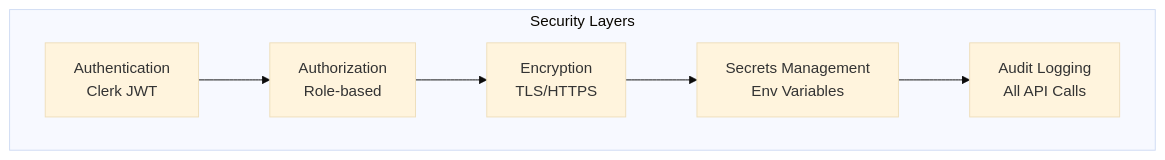
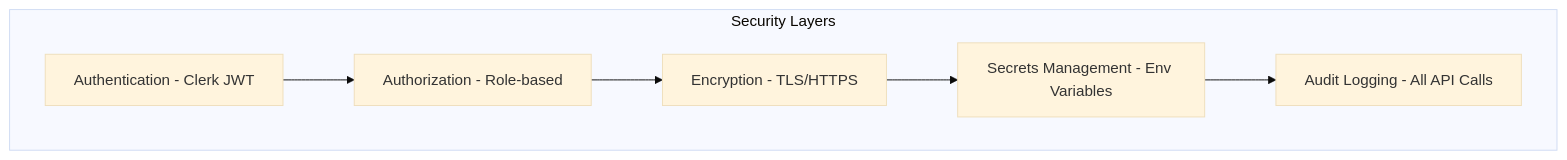
Diagram 11 of 11 in docs/tms-api-spec/SYSTEM-ARCHITECTURE.md (tmscoach/teamOS-Agents-Demo), drawn with Mermaid (base theme) before and after one commit. The commit also changed other lines of this file, not shown here.

First line of the commit message:
fix: Replace HTML br tags in Mermaid diagrams

````diff
--- a/docs/tms-api-spec/SYSTEM-ARCHITECTURE.md
+++ b/docs/tms-api-spec/SYSTEM-ARCHITECTURE.md
@@ -473,15 +473,15 @@
 ```mermaid
 graph TD
     subgraph "Security Layers"
-        Auth[Authentication<br/>Clerk JWT]
-        AuthZ[Authorization<br/>Role-based]
-        Encrypt[Encryption<br/>TLS/HTTPS]
-        Secrets[Secrets Management<br/>Env Variables]
-        Audit[Audit Logging<br/>All API Calls]
+        Auth[Authentication - Clerk JWT]
+        AuthZ[Authorization - Role-based]
+        Encrypt[Encryption - TLS/HTTPS]
+        Secrets[Secrets Management - Env Variables]
+        Audit[Audit Logging - All API Calls]
     end
     
     Auth --> AuthZ
     AuthZ --> Encrypt
     Encrypt --> Secrets
     Secrets --> Audit
 ```
````
